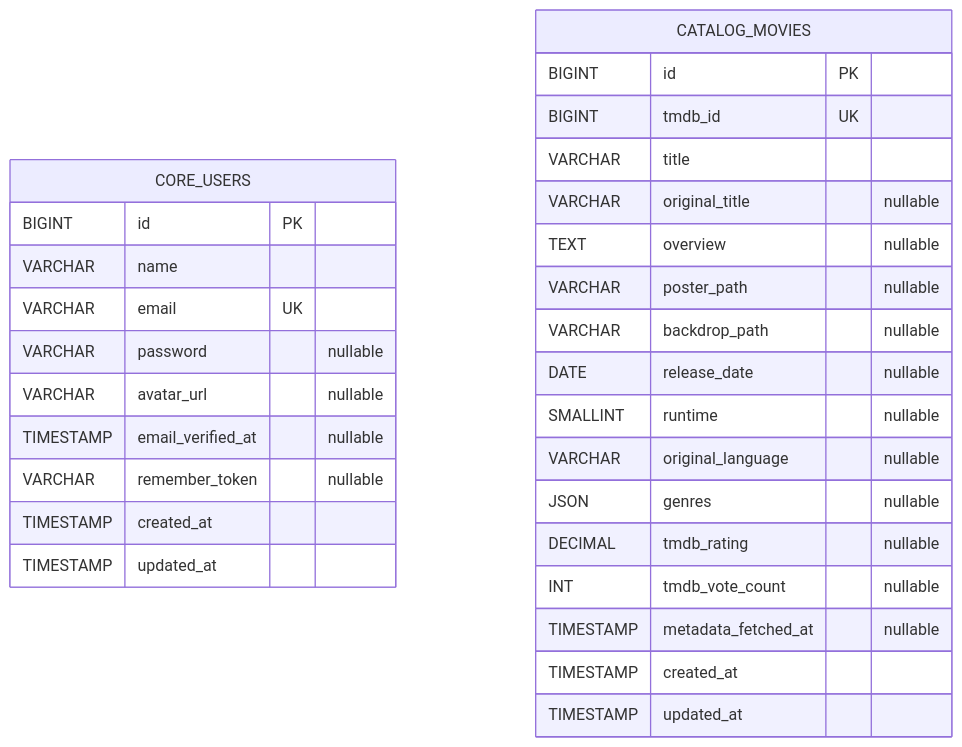
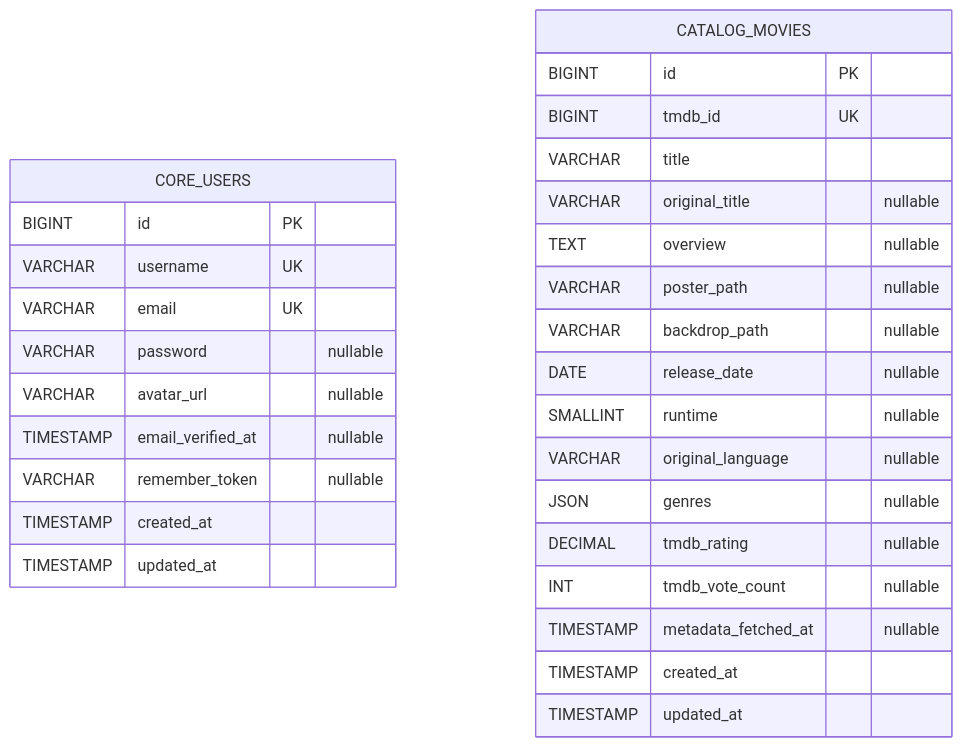
One commit to hsn-bachir/VYBE changed the diagram in docs/database/schema.md. Above: the diagram before and after it, drawn with Mermaid. The commit also changed other lines of this file and 32 other files, not shown here.

````diff
--- a/docs/database/schema.md
+++ b/docs/database/schema.md
@@ -5,32 +5,32 @@
 ```mermaid
 erDiagram
   CORE_USERS {
     BIGINT id PK
-    VARCHAR name
+    VARCHAR username UK
     VARCHAR email UK
     VARCHAR password "nullable"
     VARCHAR avatar_url "nullable"
     TIMESTAMP email_verified_at "nullable"
     VARCHAR remember_token "nullable"
     TIMESTAMP created_at
     TIMESTAMP updated_at
   }
   CATALOG_MOVIES {
     BIGINT id PK
     BIGINT tmdb_id UK
     VARCHAR title
     VARCHAR original_title "nullable"
     TEXT overview "nullable"
     VARCHAR poster_path "nullable"
     VARCHAR backdrop_path "nullable"
     DATE release_date "nullable"
     SMALLINT runtime "nullable"
     VARCHAR original_language "nullable"
     JSON genres "nullable"
     DECIMAL tmdb_rating "nullable"
     INT tmdb_vote_count "nullable"
     TIMESTAMP metadata_fetched_at "nullable"
     TIMESTAMP created_at
     TIMESTAMP updated_at
   }
 ```
````
